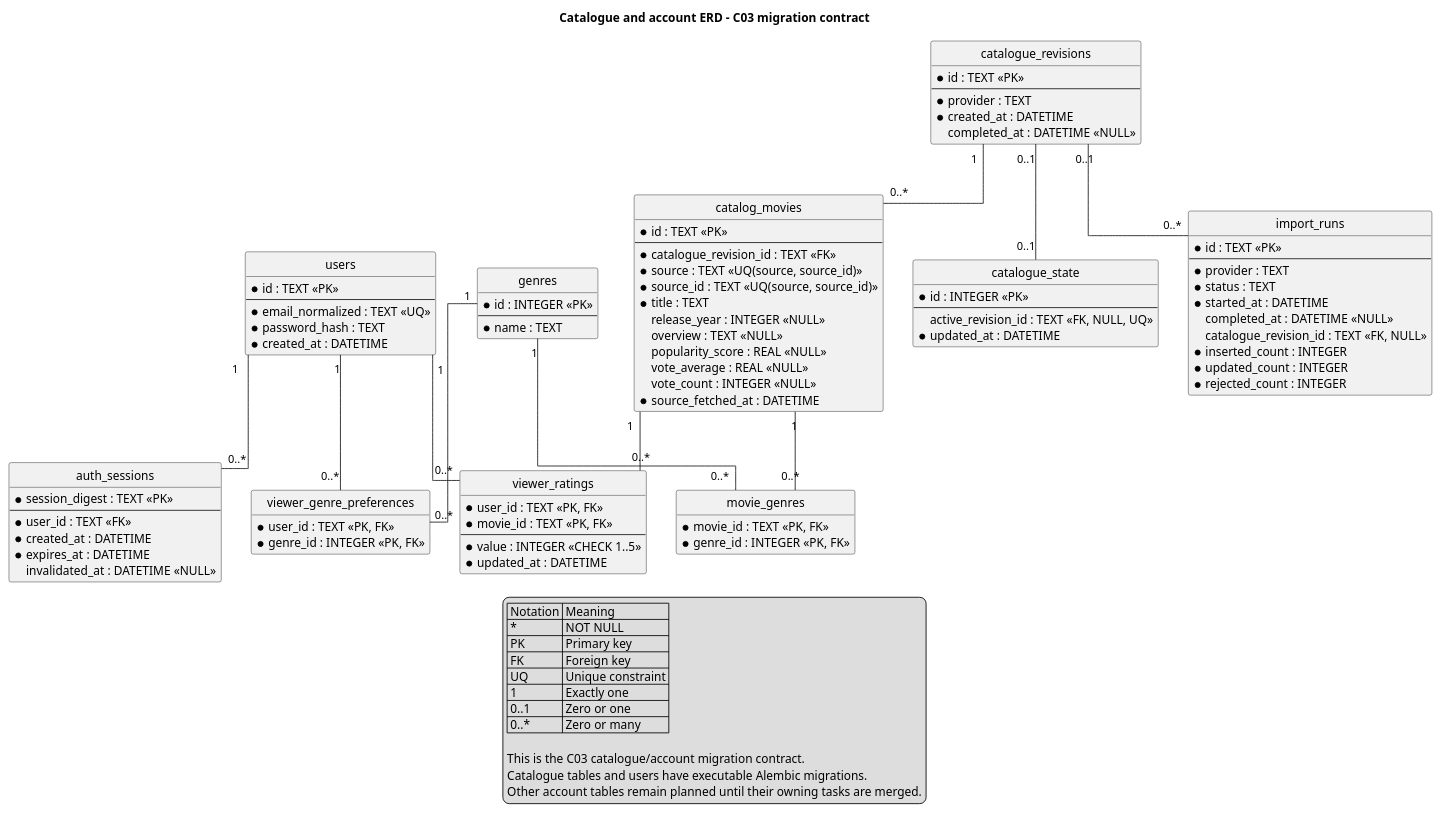
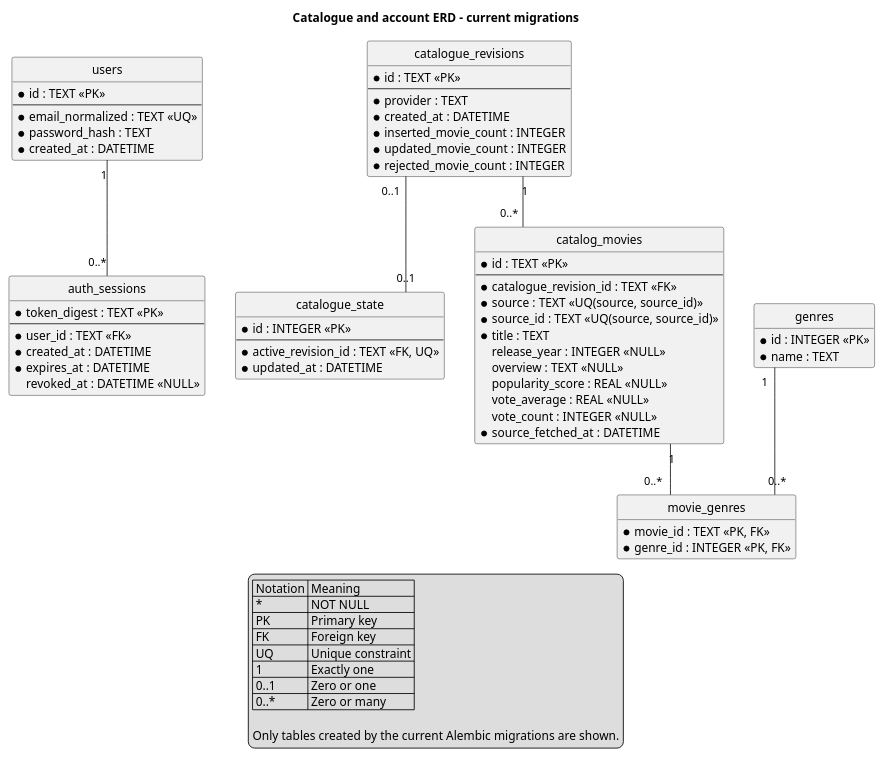
The diagram in docs/images/erd.puml (SE-FDA-NEU/ai66a_group3_C1_SE), drawn with PlantUML before and after one commit.

Commit message:
docs: update ERD to reflect current migrations and remove deprecated entities

```diff
--- a/docs/images/erd.puml
+++ b/docs/images/erd.puml
@@ -1,123 +1,91 @@
 @startuml
-title Catalogue and account ERD - C03 migration contract
+title Catalogue and account ERD - current migrations
 
 hide circle
 hide methods
 skinparam linetype ortho
 skinparam shadowing false
 skinparam entity {
   BackgroundColor #FFFFFF
   BorderColor #2F5597
   HeaderBackgroundColor #D9E8FB
 }
 
 entity "users" as users {
   * id : TEXT <<PK>>
   --
   * email_normalized : TEXT <<UQ>>
   * password_hash : TEXT
   * created_at : DATETIME
 }
 
 entity "auth_sessions" as auth_sessions {
-  * session_digest : TEXT <<PK>>
+  * token_digest : TEXT <<PK>>
   --
   * user_id : TEXT <<FK>>
   * created_at : DATETIME
   * expires_at : DATETIME
-  invalidated_at : DATETIME <<NULL>>
+  revoked_at : DATETIME <<NULL>>
 }
 
 entity "catalogue_revisions" as rev {
   * id : TEXT <<PK>>
   --
   * provider : TEXT
   * created_at : DATETIME
-  completed_at : DATETIME <<NULL>>
+  * inserted_movie_count : INTEGER
+  * updated_movie_count : INTEGER
+  * rejected_movie_count : INTEGER
 }
 
 entity "catalogue_state" as active_state {
   * id : INTEGER <<PK>>
   --
-  active_revision_id : TEXT <<FK, NULL, UQ>>
+  * active_revision_id : TEXT <<FK, UQ>>
   * updated_at : DATETIME
 }
 
 entity "catalog_movies" as movie_rows {
   * id : TEXT <<PK>>
   --
   * catalogue_revision_id : TEXT <<FK>>
   * source : TEXT <<UQ(source, source_id)>>
   * source_id : TEXT <<UQ(source, source_id)>>
   * title : TEXT
   release_year : INTEGER <<NULL>>
   overview : TEXT <<NULL>>
   popularity_score : REAL <<NULL>>
   vote_average : REAL <<NULL>>
   vote_count : INTEGER <<NULL>>
   * source_fetched_at : DATETIME
 }
 
 entity "genres" as genres {
   * id : INTEGER <<PK>>
-  --
   * name : TEXT
 }
 
 entity "movie_genres" as movie_genre_links {
   * movie_id : TEXT <<PK, FK>>
   * genre_id : INTEGER <<PK, FK>>
 }
 
-entity "viewer_genre_preferences" as viewer_genre_preferences {
-  * user_id : TEXT <<PK, FK>>
-  * genre_id : INTEGER <<PK, FK>>
-}
-
-entity "viewer_ratings" as viewer_ratings {
-  * user_id : TEXT <<PK, FK>>
-  * movie_id : TEXT <<PK, FK>>
-  --
-  * value : INTEGER <<CHECK 1..5>>
-  * updated_at : DATETIME
-}
-
-entity "import_runs" as imports {
-  * id : TEXT <<PK>>
-  --
-  * provider : TEXT
-  * status : TEXT
-  * started_at : DATETIME
-  completed_at : DATETIME <<NULL>>
-  catalogue_revision_id : TEXT <<FK, NULL>>
-  * inserted_count : INTEGER
-  * updated_count : INTEGER
-  * rejected_count : INTEGER
-}
-
 users "1" -- "0..*" auth_sessions
-users "1" -- "0..*" viewer_genre_preferences
-users "1" -- "0..*" viewer_ratings
-genres "1" -- "0..*" viewer_genre_preferences
 rev "1" -- "0..*" movie_rows
 rev "0..1" -- "0..1" active_state
-rev "0..1" -- "0..*" imports
 movie_rows "1" -- "0..*" movie_genre_links
 genres "1" -- "0..*" movie_genre_links
-movie_rows "1" -- "0..*" viewer_ratings
 
 legend bottom
   | Notation | Meaning |
   | * | NOT NULL |
   | PK | Primary key |
   | FK | Foreign key |
   | UQ | Unique constraint |
   | 1 | Exactly one |
   | 0..1 | Zero or one |
   | 0..* | Zero or many |
 
-  This is the C03 catalogue/account migration contract.
-  Catalogue tables and users have executable Alembic migrations.
-  Other account tables remain planned until their owning tasks are merged.
+  Only tables created by the current Alembic migrations are shown.
 endlegend
 @enduml
```
